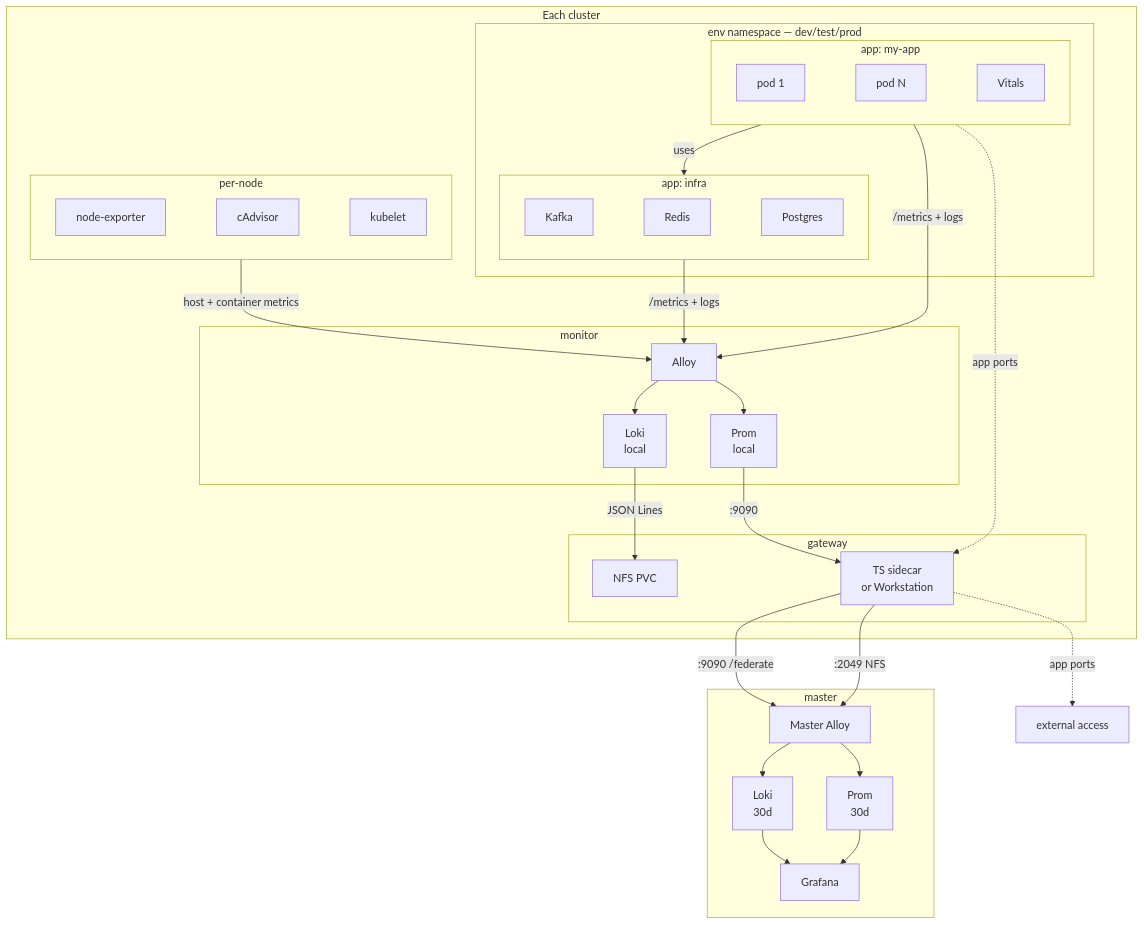
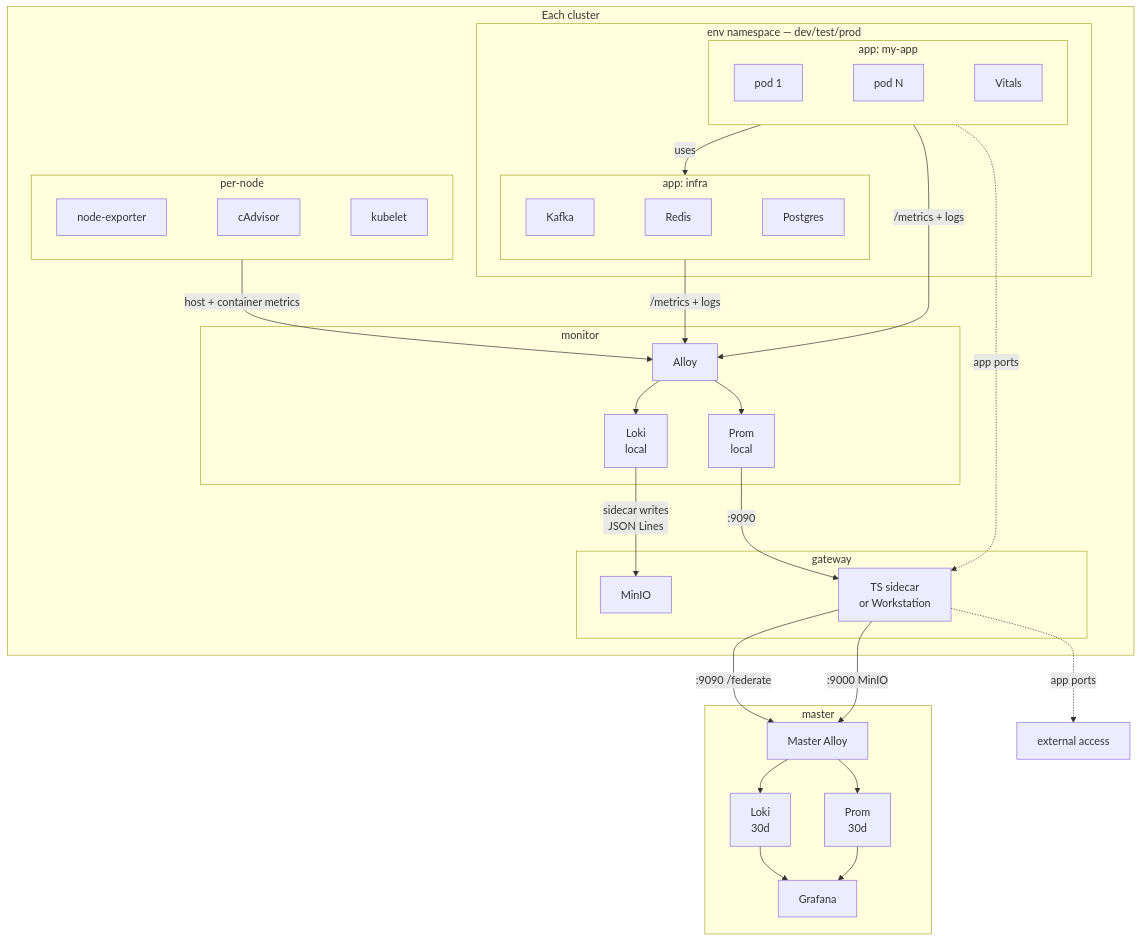
One commit to Kord96/kordinate changed the fourth of 4 diagrams in docs/infrastructure.md. Above: the diagram before and after it, drawn with Mermaid. The commit also changed other lines of this file and 5 other files, not shown here.

````diff
--- a/docs/infrastructure.md
+++ b/docs/infrastructure.md
@@ -97,51 +97,51 @@
 ```mermaid
 flowchart TB
     subgraph cluster[Each cluster]
         subgraph env[env namespace — dev/test/prod]
             subgraph myapp["app: my-app"]
                 P1[pod 1]
                 PN[pod N]
                 VIT[Vitals]
                 P1 ~~~ PN ~~~ VIT
             end
             subgraph infra["app: infra"]
                 KF[Kafka]
                 RD[Redis]
                 PG[Postgres]
                 KF ~~~ RD ~~~ PG
             end
         end
 
         subgraph nodes[per-node]
             NE[node-exporter]
             CA[cAdvisor]
             KL[kubelet]
             NE ~~~ CA ~~~ KL
         end
 
         subgraph mon[monitor]
             AL[Alloy] --> LK[Loki<br/>local] & PR[Prom<br/>local]
         end
 
         subgraph gw[gateway]
             GWT[TS sidecar<br/>or Workstation]
-            NFS[NFS PVC]
+            MIO[MinIO]
         end
 
         myapp -->|uses| infra
         myapp & infra -->|/metrics + logs| AL
         nodes -->|host + container metrics| AL
         PR -->|:9090| GWT
-        LK -->|JSON Lines| NFS
+        LK -->|sidecar writes<br/>JSON Lines| MIO
         myapp -.->|app ports| GWT
     end
 
     GWT -->|:9090 /federate| MA
-    GWT -->|:2049 NFS| MA
+    GWT -->|:9000 MinIO| MA
     GWT -.->|app ports| EXT[external access]
 
     subgraph master[master]
         MA[Master Alloy] --> ML[Loki<br/>30d] & MP[Prom<br/>30d]
         MP & ML --> G[Grafana]
     end
 ```
````
